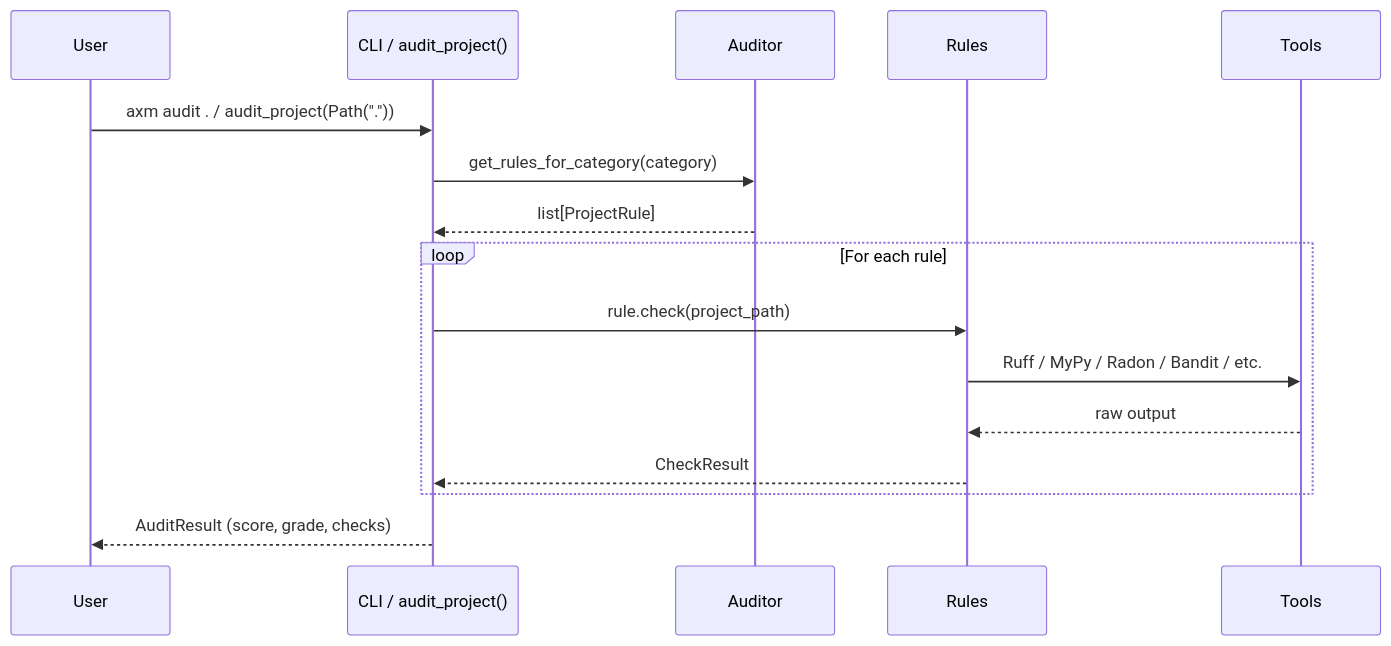
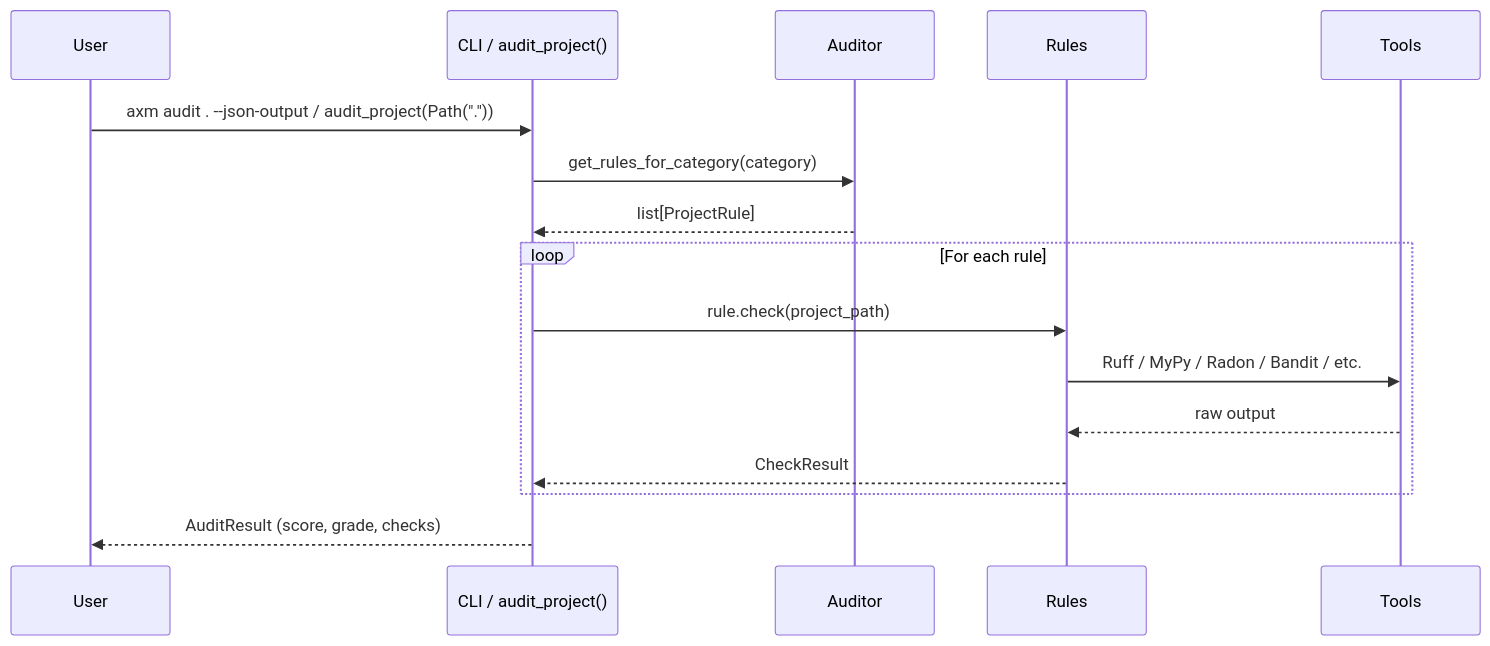
Before and after one commit to axm-protocols/axm-forge: the second of 2 diagrams in packages/axm-audit/docs/explanation/architecture.md, drawn with Mermaid. The commit also changed other lines of this file and 13 other files, not shown here.

First line of the commit message:
fix(axm): migrer les commandes d’audit vers la CLI unifiée

````diff
--- a/packages/axm-audit/docs/explanation/architecture.md
+++ b/packages/axm-audit/docs/explanation/architecture.md
@@ -184,19 +184,19 @@
 ```mermaid
 sequenceDiagram
     participant User
     participant CLI as CLI / audit_project()
     participant Auditor
     participant Rules
     participant Tools
 
-    User->>CLI: axm audit . / audit_project(Path("."))
+    User->>CLI: axm audit . --json-output / audit_project(Path("."))
     CLI->>Auditor: get_rules_for_category(category)
     Auditor-->>CLI: list[ProjectRule]
     loop For each rule
         CLI->>Rules: rule.check(project_path)
         Rules->>Tools: Ruff / MyPy / Radon / Bandit / etc.
         Tools-->>Rules: raw output
         Rules-->>CLI: CheckResult
     end
     CLI-->>User: AuditResult (score, grade, checks)
 ```
````
